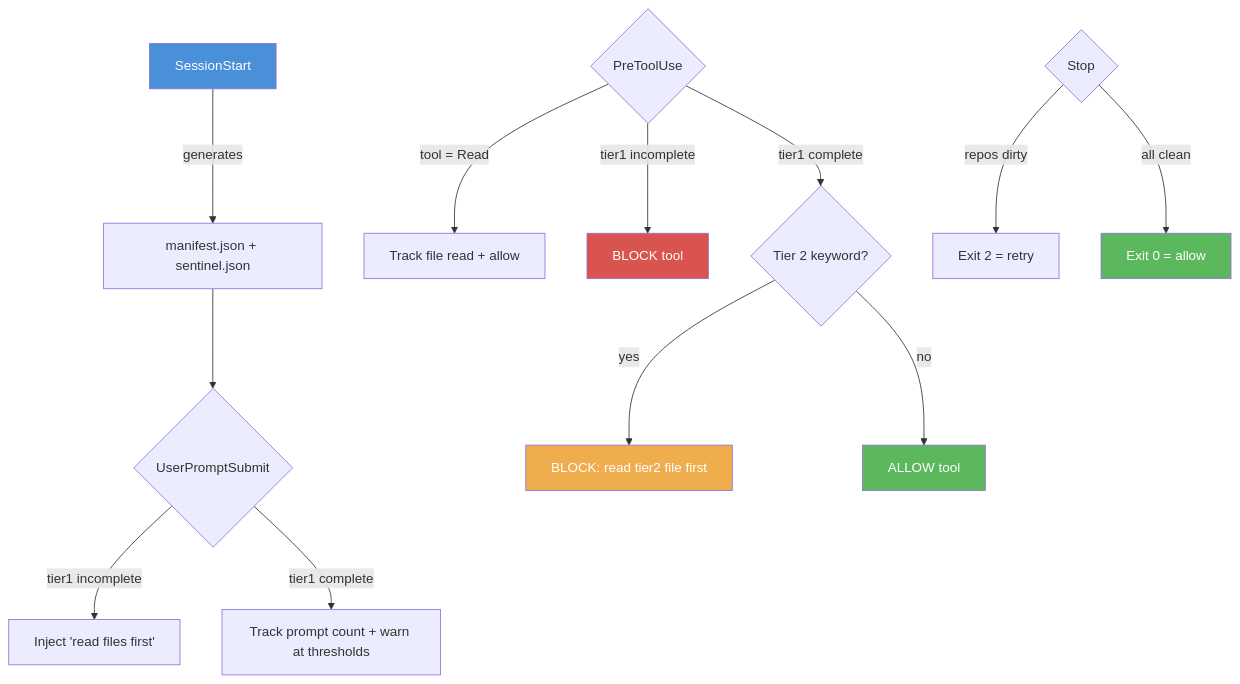
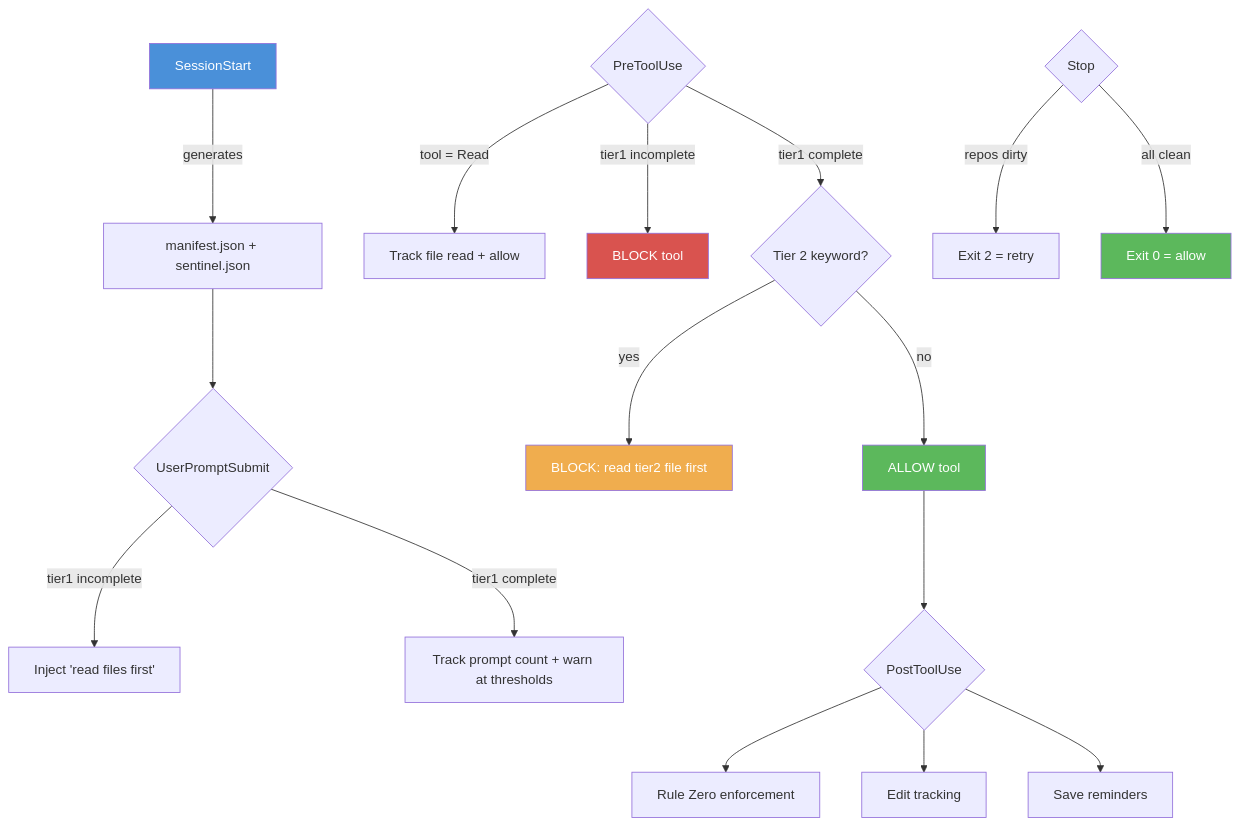
Before and after one commit to dexmaddy/agentic-ai-tiered-startup: the diagram in README.md, drawn with Mermaid. The commit also changed other lines of this file and 6 other files, not shown here.

````diff
--- a/README.md
+++ b/README.md
@@ -31,22 +31,27 @@
 ```mermaid
 graph TD
     A[SessionStart] -->|generates| B[manifest.json + sentinel.json]
     B --> C{UserPromptSubmit}
     C -->|tier1 incomplete| D[Inject 'read files first']
     C -->|tier1 complete| E[Track prompt count + warn at thresholds]
 
     F{PreToolUse} -->|tool = Read| G[Track file read + allow]
     F -->|tier1 incomplete| H[BLOCK tool]
     F -->|tier1 complete| I{Tier 2 keyword?}
     I -->|yes| J[BLOCK: read tier2 file first]
     I -->|no| K[ALLOW tool]
 
+    K --> O{PostToolUse}
+    O --> O1[Rule Zero enforcement]
+    O --> O2[Edit tracking]
+    O --> O3[Save reminders]
+
     L{Stop} -->|repos dirty| M[Exit 2 = retry]
     L -->|all clean| N[Exit 0 = allow]
 
     style A fill:#4a90d9,color:#fff
     style H fill:#d9534f,color:#fff
     style J fill:#f0ad4e,color:#fff
     style K fill:#5cb85c,color:#fff
     style N fill:#5cb85c,color:#fff
 ```
````
